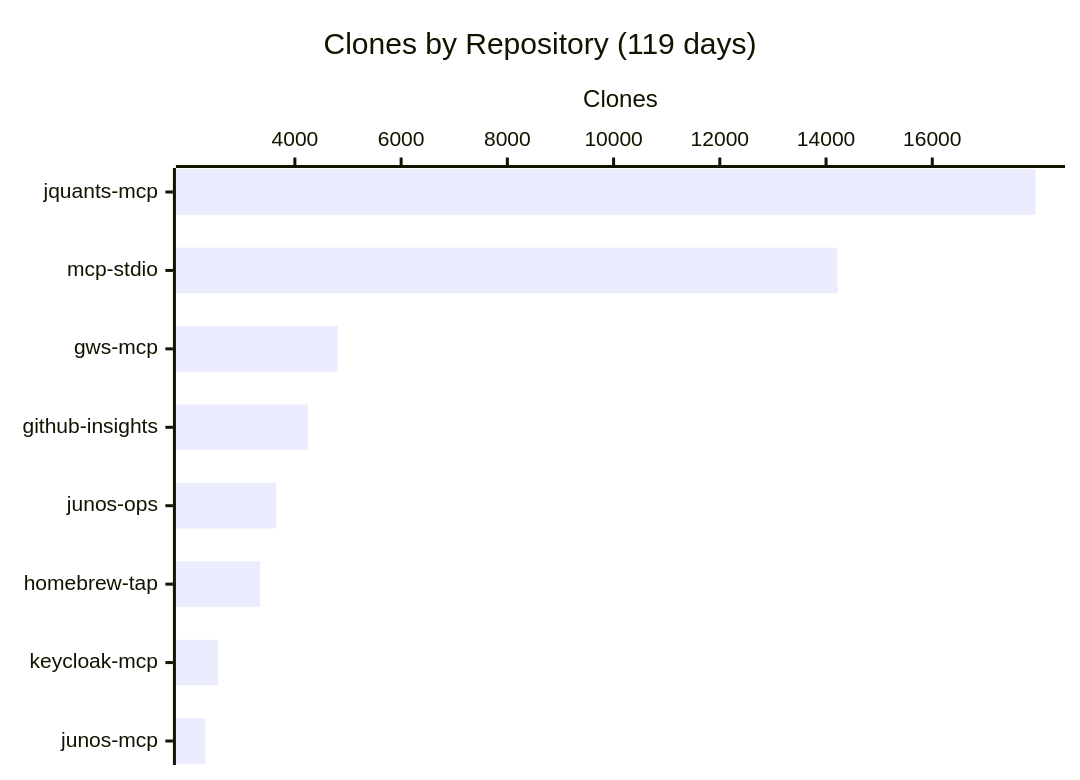
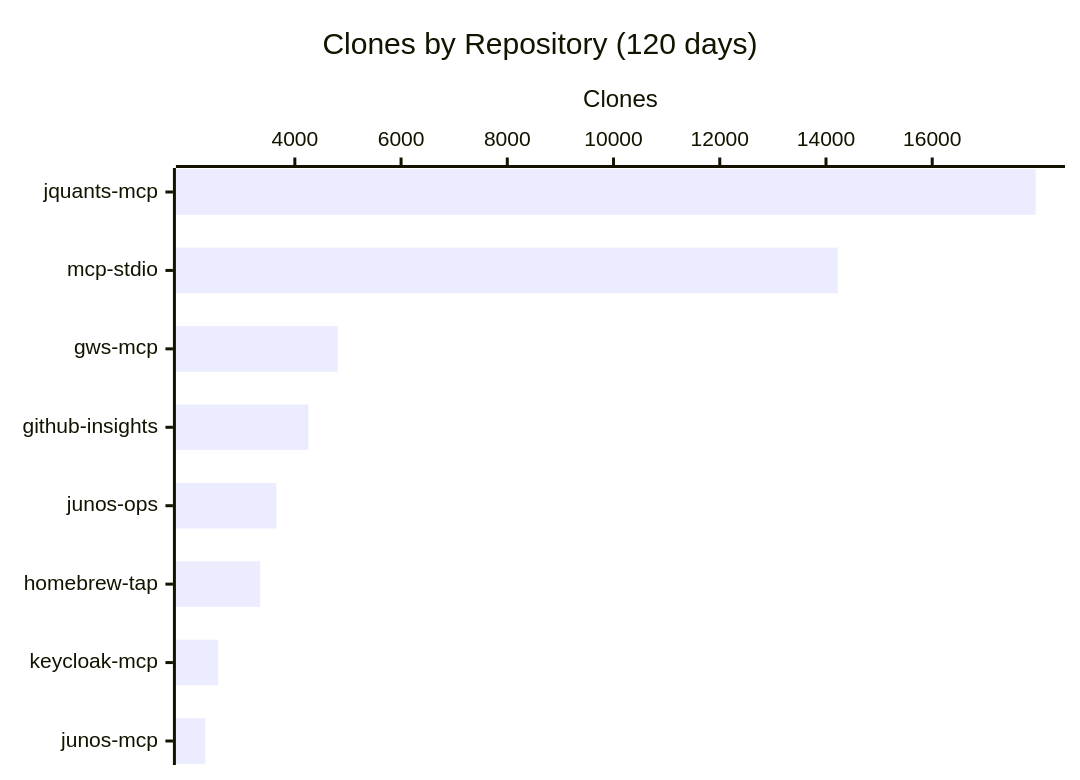
One commit to shigechika/github-insights changed the fourth of 4 diagrams in README.md. Above: the diagram before and after it, drawn with Mermaid. The commit also changed other lines of this file and 2 other files, not shown here.

````diff
--- a/README.md
+++ b/README.md
@@ -58,7 +58,7 @@
 ```mermaid
 xychart-beta horizontal
-    title "Clones by Repository (119 days)"
+    title "Clones by Repository (120 days)"
     x-axis ["jquants-mcp", "mcp-stdio", "gws-mcp", "github-insights", "junos-ops", "homebrew-tap", "keycloak-mcp", "junos-mcp"]
     y-axis "Clones"
-    bar [17946, 14217, 4805, 4247, 3651, 3345, 2557, 2313]
+    bar [17947, 14220, 4808, 4256, 3654, 3347, 2557, 2314]
 ```
````
